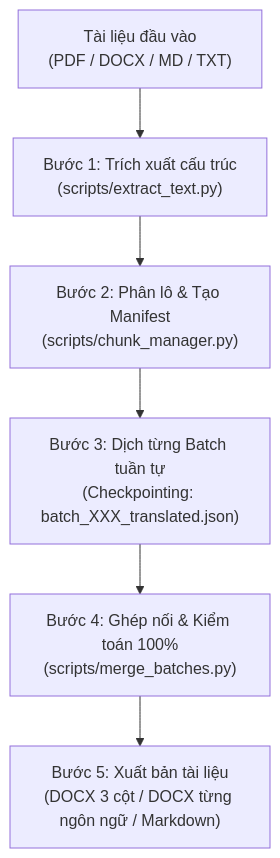
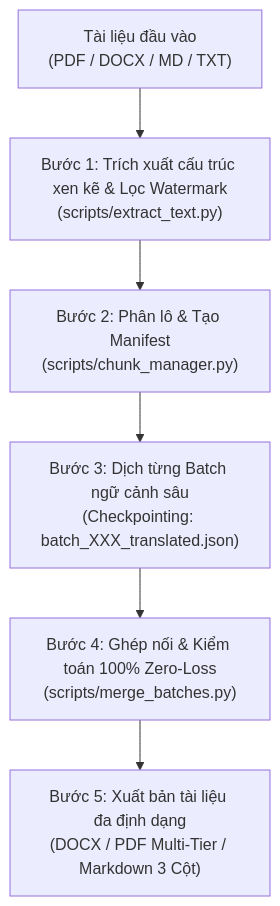
The diagram in .agents/skills/ejv-translate/SKILL.md (bangluutru/ai-workforce), drawn with Mermaid before and after one commit. The commit also changed other lines of this file and 3 other files, not shown here.

Commit message:
feat(ejv-translate): standardize Zero-Loss DOCX-first pipeline, watermark filtering, and multi-tier PDF export

````diff
--- a/.agents/skills/ejv-translate/SKILL.md
+++ b/.agents/skills/ejv-translate/SKILL.md
@@ -27,8 +27,8 @@
 ```mermaid
 graph TD
-    A["Tài liệu đầu vào<br/>(PDF / DOCX / MD / TXT)"] --> B["Bước 1: Trích xuất cấu trúc<br/>(scripts/extract_text.py)"]
+    A["Tài liệu đầu vào<br/>(PDF / DOCX / MD / TXT)"] --> B["Bước 1: Trích xuất cấu trúc xen kẽ & Lọc Watermark<br/>(scripts/extract_text.py)"]
     B --> C["Bước 2: Phân lô & Tạo Manifest<br/>(scripts/chunk_manager.py)"]
-    C --> D["Bước 3: Dịch từng Batch tuần tự<br/>(Checkpointing: batch_XXX_translated.json)"]
-    D --> E["Bước 4: Ghép nối & Kiểm toán 100%<br/>(scripts/merge_batches.py)"]
-    E --> F["Bước 5: Xuất bản tài liệu<br/>(DOCX 3 cột / DOCX từng ngôn ngữ / Markdown)"]
+    C --> D["Bước 3: Dịch từng Batch ngữ cảnh sâu<br/>(Checkpointing: batch_XXX_translated.json)"]
+    D --> E["Bước 4: Ghép nối & Kiểm toán 100% Zero-Loss<br/>(scripts/merge_batches.py)"]
+    E --> F["Bước 5: Xuất bản tài liệu đa định dạng<br/>(DOCX / PDF Multi-Tier / Markdown 3 Cột)"]
 ```
````
